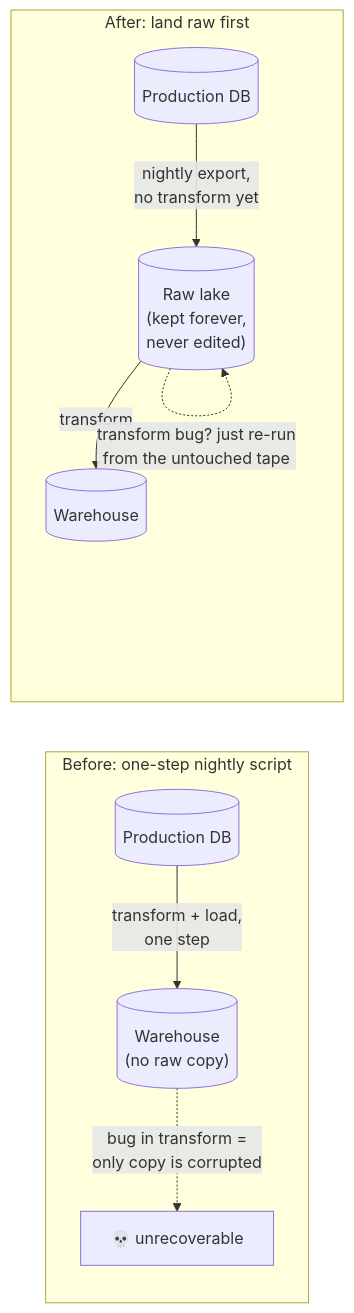
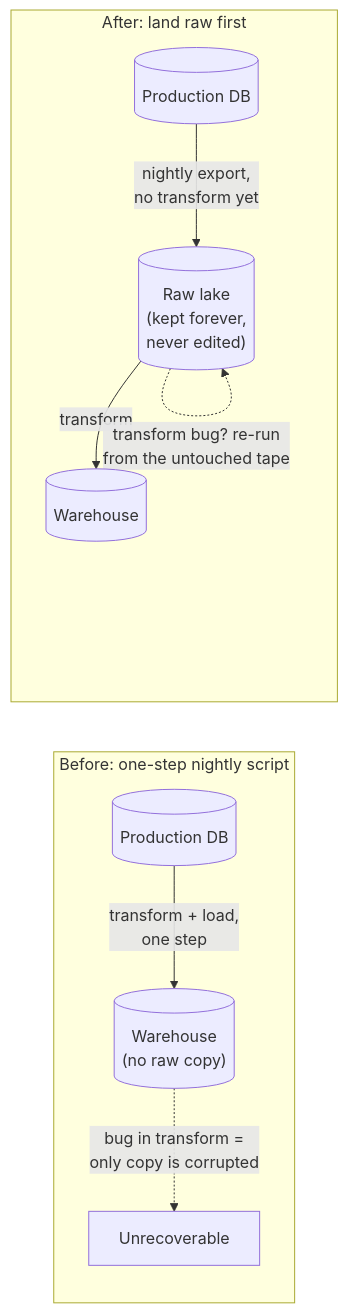
One commit to riyaz-pasha/Learnings changed the second of 17 diagrams in system-design/HLD/0-course/43-Design-a-Data-Infrastructure-System-FAANG-Guide-story.md. Above: the diagram before and after it, drawn with Mermaid. The commit also changed other lines of this file and 1 other file, not shown here.

Commit message:
[REWRITE] Data Infrastructure System story guide: simplify prose, add structure, fix diagrams

````diff
--- a/system-design/HLD/0-course/43-Design-a-Data-Infrastructure-System-FAANG-Guide-story.md
+++ b/system-design/HLD/0-course/43-Design-a-Data-Infrastructure-System-FAANG-Guide-story.md
@@ -45,12 +106,12 @@
 ```mermaid
 flowchart LR
     subgraph V1["Before: one-step nightly script"]
-        OLTP1[("Production DB")] -->|"transform + load,\none step"| WH1[("Warehouse\n(no raw copy)")]
-        WH1 -.->|"bug in transform =\nonly copy is corrupted"| X1["💀 unrecoverable"]
+        OLTP1[("Production DB")] -->|"transform + load,<br/>one step"| WH1[("Warehouse<br/>(no raw copy)")]
+        WH1 -.->|"bug in transform =<br/>only copy is corrupted"| X1["Unrecoverable"]
     end
     subgraph V2["After: land raw first"]
-        OLTP2[("Production DB")] -->|"nightly export,\nno transform yet"| RAW[("Raw lake\n(kept forever,\nnever edited)")]
+        OLTP2[("Production DB")] -->|"nightly export,<br/>no transform yet"| RAW[("Raw lake<br/>(kept forever,<br/>never edited)")]
         RAW -->|"transform"| WH2[("Warehouse")]
-        RAW -.->|"transform bug? just re-run\nfrom the untouched tape"| RAW
+        RAW -.->|"transform bug? re-run<br/>from the untouched tape"| RAW
     end
 ```
````
